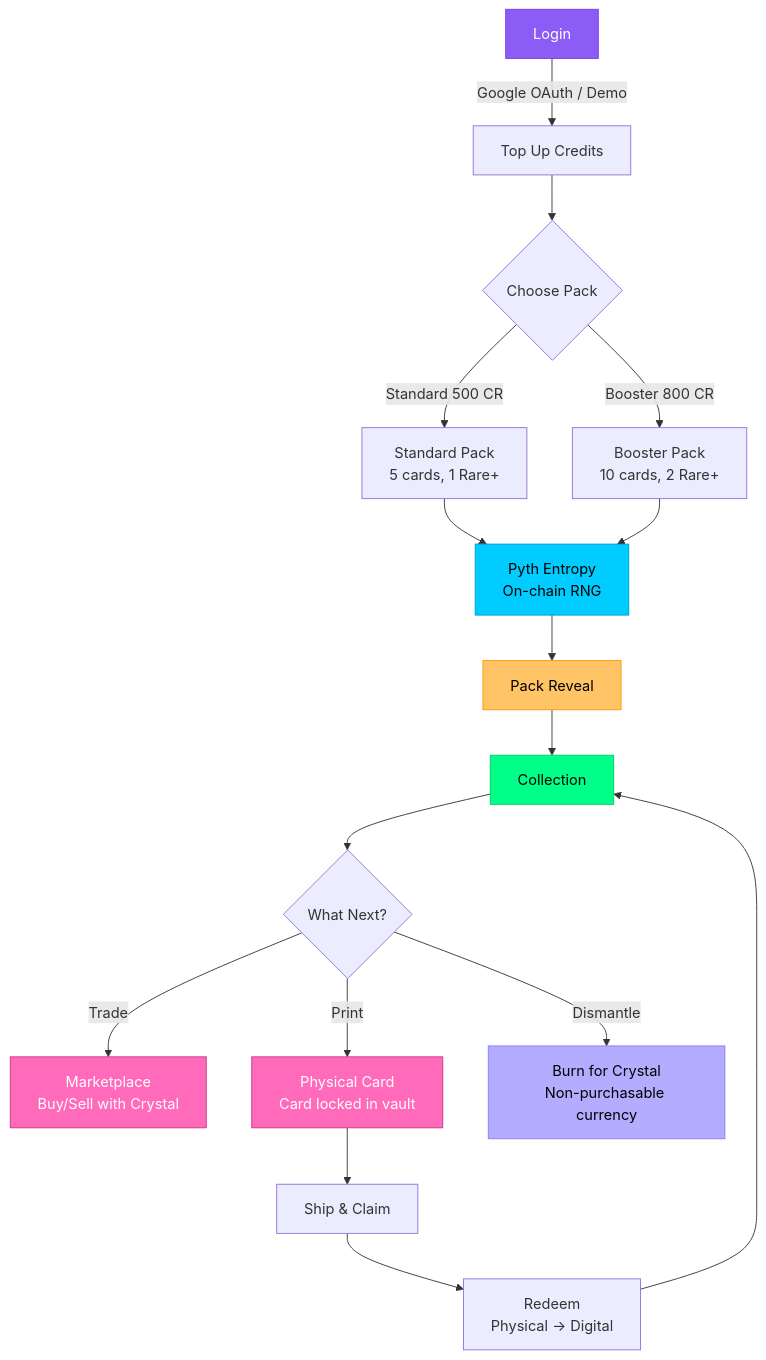
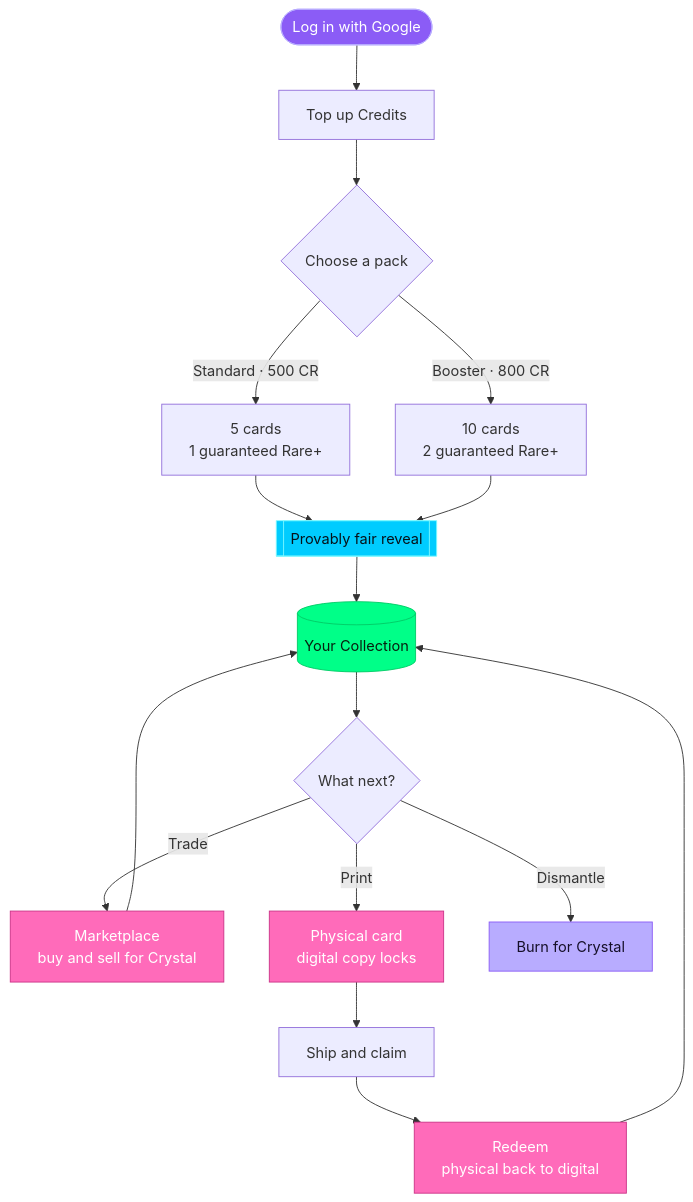
The first of 4 diagrams in README.md (Gihasy/gachard-monad), drawn with Mermaid before and after one commit. The commit also changed other lines of this file, not shown here.

````diff
--- a/README.md
+++ b/README.md
@@ -18,26 +18,29 @@
 ```mermaid
 flowchart TD
-    A[Login] -->|Google OAuth / Demo| B[Top Up Credits]
-    B --> C{Choose Pack}
-    C -->|Standard 500 CR| D[Standard Pack<br/>5 cards, 1 Rare+]
-    C -->|Booster 800 CR| E[Booster Pack<br/>10 cards, 2 Rare+]
-    D --> F[Pyth Entropy<br/>On-chain RNG]
+    A([Log in with Google]) --> B[Top up Credits]
+    B --> C{Choose a pack}
+    C -->|Standard · 500 CR| D[5 cards<br/>1 guaranteed Rare+]
+    C -->|Booster · 800 CR| E[10 cards<br/>2 guaranteed Rare+]
+    D --> F[[Provably fair reveal]]
     E --> F
-    F --> G[Pack Reveal]
-    G --> H[Collection]
-    H --> I{What Next?}
-    I -->|Trade| J[Marketplace<br/>Buy/Sell with Crystal]
-    I -->|Print| K[Physical Card<br/>Card locked in vault]
-    I -->|Dismantle| L[Burn for Crystal<br/>Non-purchasable currency]
-    K --> M[Ship & Claim]
-    M --> N[Redeem<br/>Physical → Digital]
-    N --> H
+    F --> G[(Your Collection)]
+    G --> H{What next?}
+    H -->|Trade| I[Marketplace<br/>buy and sell for Crystal]
+    H -->|Print| J[Physical card<br/>digital copy locks]
+    H -->|Dismantle| K[Burn for Crystal]
+    J --> L[Ship and claim]
+    L --> M[Redeem<br/>physical back to digital]
+    M --> G
+    I --> G
 
-    style A fill:#8B5CF6,stroke:#7C3AED,color:#fff
-    style F fill:#00CCFF,stroke:#0099CC,color:#000
-    style G fill:#FFC466,stroke:#FF9500,color:#000
-    style H fill:#00FF88,stroke:#00CC66,color:#000
-    style J fill:#FF6BBA,stroke:#CC3388,color:#fff
-    style K fill:#FF6BBA,stroke:#CC3388,color:#fff
-    style L fill:#B4ACFF,stroke:#8B7AFF,color:#000
+    classDef entry fill:#8B5CF6,stroke:#B8ACFF,color:#fff
+    classDef key fill:#00CCFF,stroke:#7DF9FF,color:#06121a
+    classDef own fill:#00FF88,stroke:#00CC66,color:#06210f
+    classDef act fill:#FF6BBA,stroke:#CC3388,color:#fff
+    classDef burn fill:#B8ACFF,stroke:#8B5CF6,color:#161029
+    class A entry
+    class F key
+    class G own
+    class I,J,M act
+    class K burn
 ```
````
